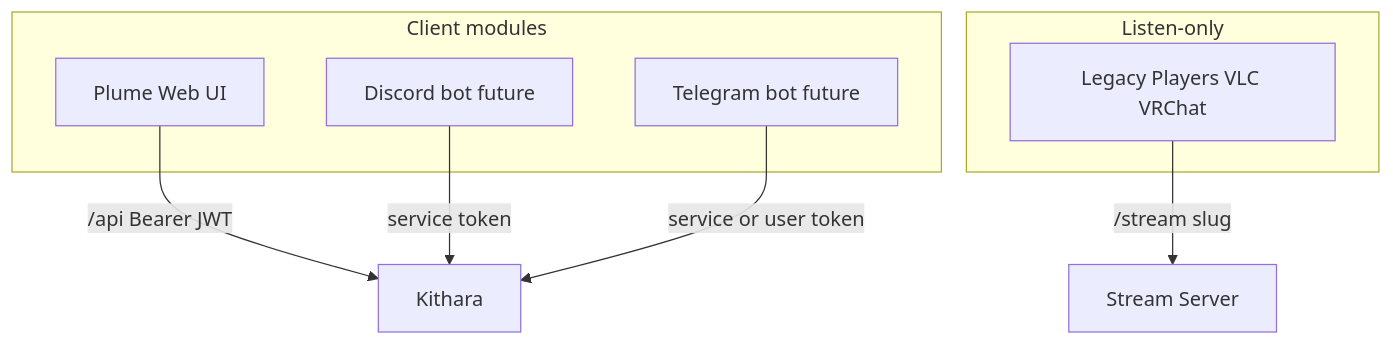
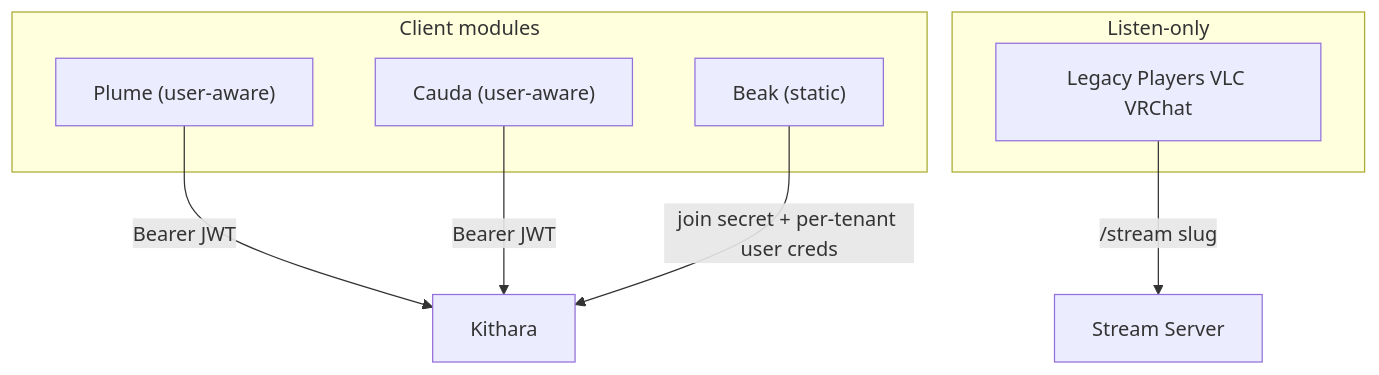
The diagram in docs/architecture/domains/clients.md (Bardie-radio/bardie-kithara), drawn with Mermaid before and after one commit. The commit also changed other lines of this file and 35 other files, not shown here.

````diff
--- a/docs/architecture/domains/clients.md
+++ b/docs/architecture/domains/clients.md
@@ -3,15 +3,15 @@
 ```mermaid
 flowchart TB
   subgraph clients [Client modules]
-    Plume[Plume Web UI]
-    Discord[Discord bot future]
-    Telegram[Telegram bot future]
+    Plume["Plume (user-aware)"]
+    Cauda["Cauda (user-aware)"]
+    Beak["Beak (static)"]
   end
   subgraph listen [Listen-only]
     Players[Legacy Players VLC VRChat]
   end
-  Plume -->|/api Bearer JWT| Kithara
-  Discord -->|service token| Kithara
-  Telegram -->|service or user token| Kithara
+  Plume -->|Bearer JWT| Kithara
+  Cauda -->|Bearer JWT| Kithara
+  Beak -->|join secret + per-tenant user creds| Kithara
   Players -->|/stream slug| StreamSrv[Stream Server]
 ```
````
